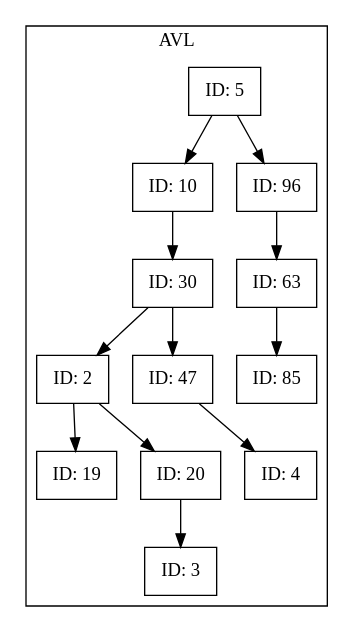
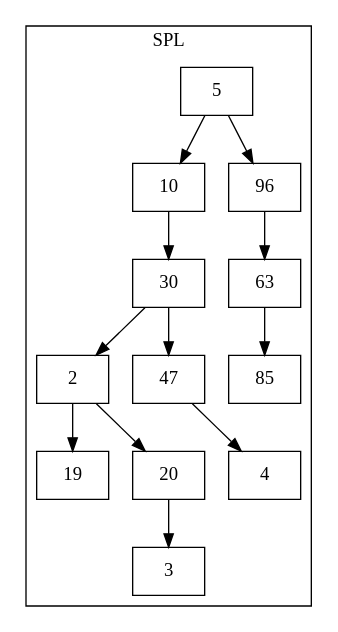
Before and after one commit to MarcosSantos201700328/201700328: the diagram in final/ffff.dot, drawn with Graphviz. The commit also changed 3 other files, not shown here.

```diff
--- a/final/ffff.dot
+++ b/final/ffff.dot
@@ -1,31 +1,19 @@
 digraph G{ 
 node[shape=box];
 subgraph cluster_0{
-5[label= "ID: 5"];
-5[label= "ID: 5"];10[label= "ID: 10"];
-10[label= "ID: 10"];30[label= "ID: 30"];
-30[label= "ID: 30"];2[label= "ID: 2"];
-2[label= "ID: 2"];19[label= "ID: 19"];
-2[label= "ID: 2"];20[label= "ID: 20"];
-20[label= "ID: 20"];3[label= "ID: 3"];
-30[label= "ID: 30"];47[label= "ID: 47"];
-47[label= "ID: 47"];4[label= "ID: 4"];
-5[label= "ID: 5"];96[label= "ID: 96"];
-96[label= "ID: 96"];63[label= "ID: 63"];
-63[label= "ID: 63"];85[label= "ID: 85"];
 5
 5->10
 10->30
 30->2
 2->19
 2->20
 20->3
 30->47
 47->4
 5->96
 96->63
 63->85
 
-label="AVL"
+label="SPL "
 }
 }
```
